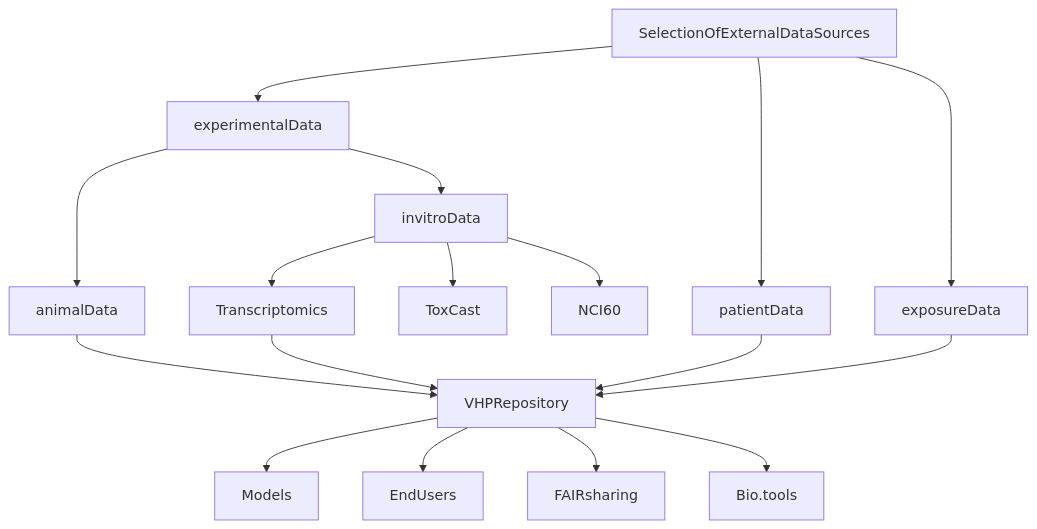
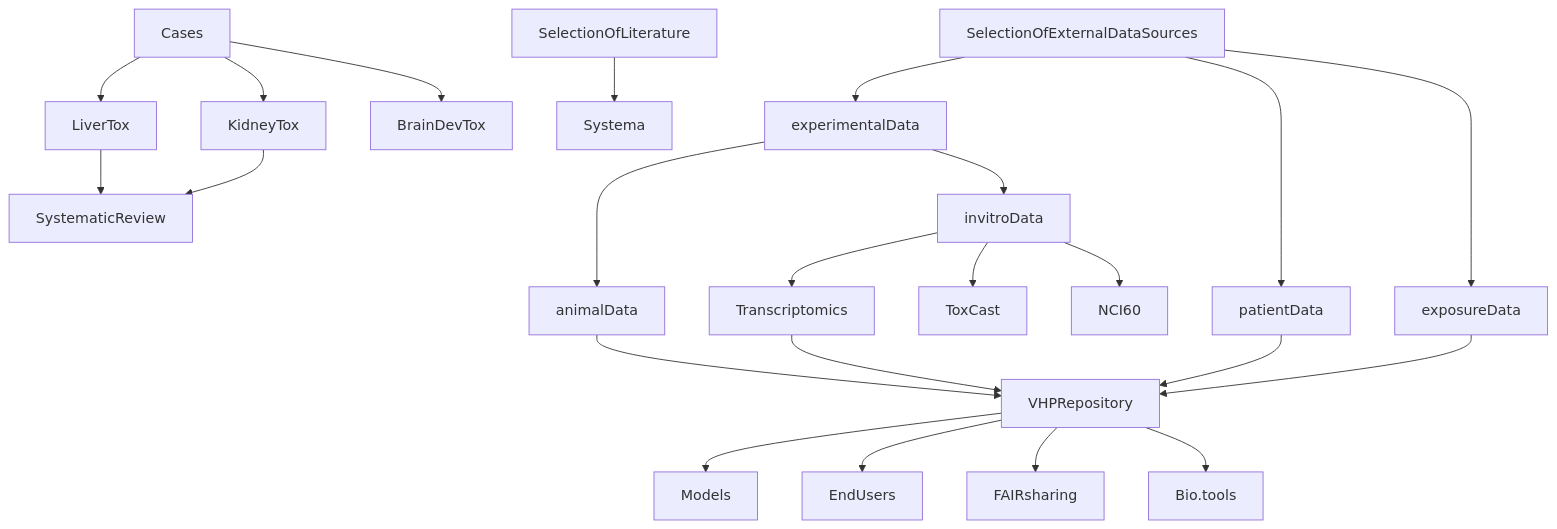
Before and after one commit to ontox-hu/workflows: the diagram in dataCollection.md, drawn with Mermaid.

````diff
--- a/dataCollection.md
+++ b/dataCollection.md
@@ -1,19 +1,26 @@
 ```mermaid
 graph TD
+  Cases-->LiverTox
+  Cases-->KidneyTox
+  Cases-->BrainDevTox
+  LiverTox-->SystematicReview
+  KidneyTox-->SystematicReview
+  
+  SelectionOfLiterature-->Systema
   SelectionOfExternalDataSources-->experimentalData
   invitroData-->Transcriptomics
   invitroData-->ToxCast
   invitroData-->NCI60
   SelectionOfExternalDataSources-->patientData
   SelectionOfExternalDataSources-->exposureData
   experimentalData-->animalData
   experimentalData-->invitroData
   animalData-->VHPRepository
   patientData-->VHPRepository
   Transcriptomics-->VHPRepository
   exposureData-->VHPRepository
   VHPRepository-->Models
   VHPRepository-->EndUsers
   VHPRepository-->FAIRsharing
   VHPRepository-->Bio.tools
 ```
````
